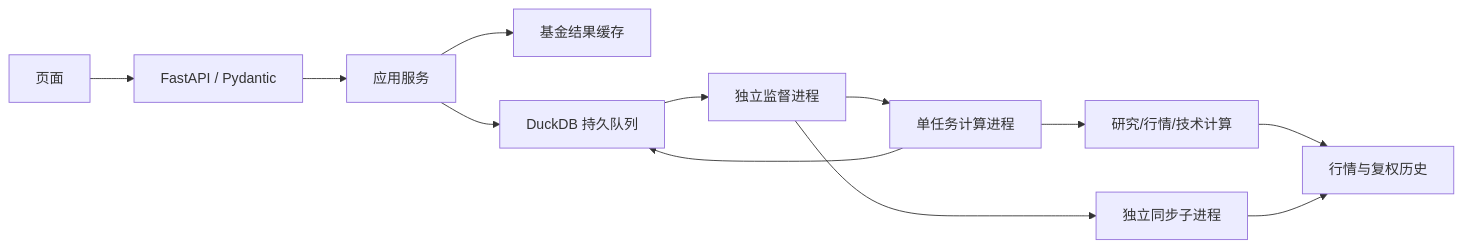
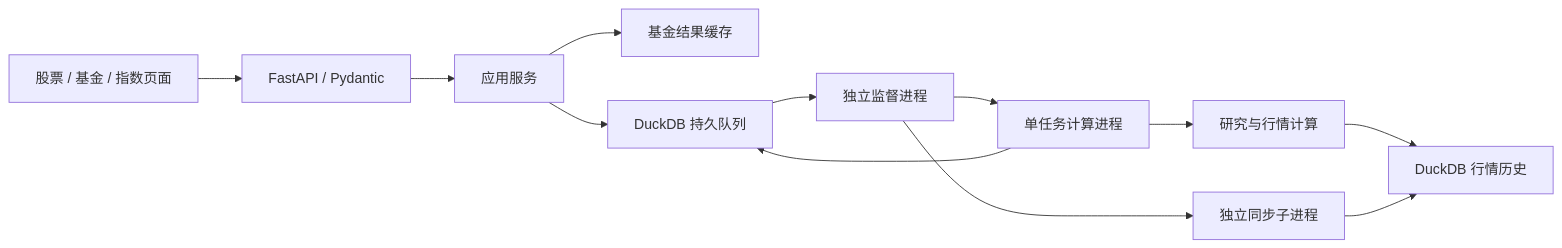
The diagram in docs/架构设计.md (liu4113231988/FundAnalyze), drawn with Mermaid before and after one commit. The commit also changed other lines of this file and 23 other files, not shown here.

````diff
--- a/docs/架构设计.md
+++ b/docs/架构设计.md
@@ -26,14 +26,14 @@
 ```mermaid
 flowchart LR
-    UI[页面] --> API[FastAPI / Pydantic]
+    UI[股票 / 基金 / 指数页面] --> API[FastAPI / Pydantic]
     API --> Service[应用服务]
     Service --> Cache[基金结果缓存]
     Service --> Queue[DuckDB 持久队列]
-    Queue --> Supervisor[独立监督进程]
-    Supervisor --> Child[单任务计算进程]
-    Child --> Domain[研究/行情/技术计算]
+    Queue --> Worker[独立监督进程]
+    Worker --> Child[单任务计算进程]
+    Child --> Domain[研究与行情计算]
     Child --> Queue
-    Domain --> Data[行情与复权历史]
-    Supervisor --> Sync[独立同步子进程]
+    Domain --> Data[DuckDB 行情历史]
+    Worker --> Sync[独立同步子进程]
     Sync --> Data
 ```
````
